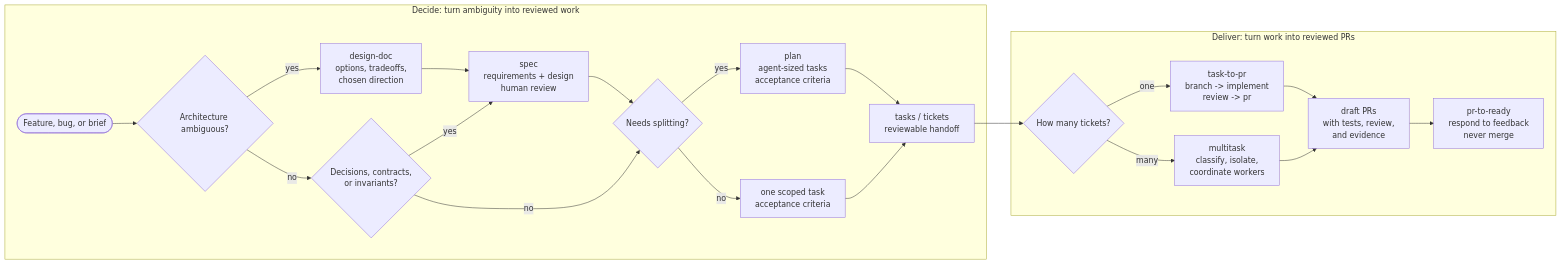
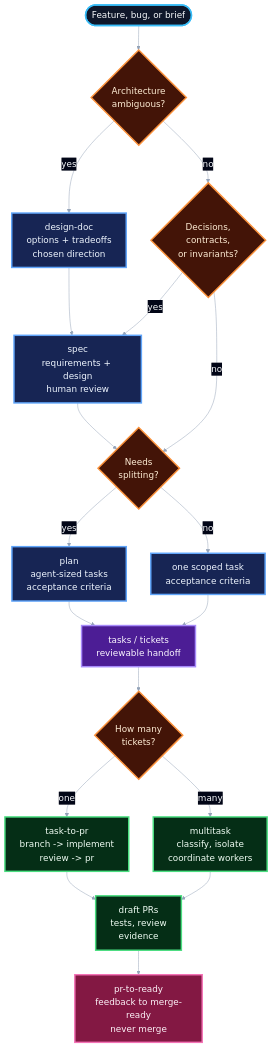
The first of 2 diagrams in README.md (owainlewis/blueprint), drawn with Mermaid before and after one commit. The commit also changed other lines of this file, not shown here.

Commit message:
docs: improve diagram readability

````diff
--- a/README.md
+++ b/README.md
@@ -34,37 +34,47 @@
 ```mermaid
-flowchart LR
-    subgraph Decide["Decide: turn ambiguity into reviewed work"]
-        Request([Feature, bug, or brief])
-        Architecture{Architecture ambiguous?}
-        Design["design-doc<br/>options, tradeoffs,<br/>chosen direction"]
-        SpecGate{Decisions, contracts,<br/>or invariants?}
-        Spec["spec<br/>requirements + design<br/>human review"]
-        PlanGate{Needs splitting?}
-        Plan["plan<br/>agent-sized tasks<br/>acceptance criteria"]
-        Direct["one scoped task<br/>acceptance criteria"]
-        Tickets["tasks / tickets<br/>reviewable handoff"]
+%%{init: {"theme": "base", "themeVariables": {"fontFamily": "Inter, ui-sans-serif, system-ui", "fontSize": "18px", "primaryTextColor": "#f8fafc", "tertiaryTextColor": "#f8fafc", "lineColor": "#94a3b8", "edgeLabelBackground": "#020617"}}}%%
+flowchart TD
+    Request([Feature, bug, or brief])
 
-        Request --> Architecture
-        Architecture -->|yes| Design --> Spec
-        Architecture -->|no| SpecGate
-        SpecGate -->|yes| Spec
-        SpecGate -->|no| PlanGate
-        Spec --> PlanGate
-        PlanGate -->|yes| Plan --> Tickets
-        PlanGate -->|no| Direct --> Tickets
-    end
+    Ambiguous{Architecture<br/>ambiguous?}
+    Design["design-doc<br/>options + tradeoffs<br/>chosen direction"]
+    SpecGate{Decisions,<br/>contracts,<br/>or invariants?}
+    Spec["spec<br/>requirements + design<br/>human review"]
+    Split{Needs<br/>splitting?}
+    Plan["plan<br/>agent-sized tasks<br/>acceptance criteria"]
+    Direct["one scoped task<br/>acceptance criteria"]
+    Handoff["tasks / tickets<br/>reviewable handoff"]
 
-    subgraph Deliver["Deliver: turn work into reviewed PRs"]
-        Count{How many tickets?}
-        One["task-to-pr<br/>branch -> implement<br/>review -> pr"]
-        Many["multitask<br/>classify, isolate,<br/>coordinate workers"]
-        PRs["draft PRs<br/>with tests, review,<br/>and evidence"]
-        Ready["pr-to-ready<br/>respond to feedback<br/>never merge"]
+    Count{How many<br/>tickets?}
+    Single["task-to-pr<br/>branch -> implement<br/>review -> pr"]
+    Multi["multitask<br/>classify, isolate<br/>coordinate workers"]
+    PRs["draft PRs<br/>tests, review<br/>evidence"]
+    Ready["pr-to-ready<br/>feedback to merge-ready<br/>never merge"]
 
-        Count -->|one| One --> PRs
-        Count -->|many| Many --> PRs
-        PRs --> Ready
-    end
+    Request --> Ambiguous
+    Ambiguous -->|yes| Design --> Spec
+    Ambiguous -->|no| SpecGate
+    SpecGate -->|yes| Spec
+    SpecGate -->|no| Split
+    Spec --> Split
+    Split -->|yes| Plan --> Handoff
+    Split -->|no| Direct --> Handoff
+    Handoff --> Count
+    Count -->|one| Single --> PRs
+    Count -->|many| Multi --> PRs
+    PRs --> Ready
 
-    Tickets --> Count
+    classDef start fill:#0f172a,stroke:#38bdf8,stroke-width:3px,color:#f8fafc,font-size:18px;
+    classDef decision fill:#431407,stroke:#fb923c,stroke-width:3px,color:#ffedd5,font-size:18px;
+    classDef decide fill:#172554,stroke:#60a5fa,stroke-width:3px,color:#eff6ff,font-size:18px;
+    classDef handoff fill:#4c1d95,stroke:#a78bfa,stroke-width:3px,color:#faf5ff,font-size:18px;
+    classDef deliver fill:#052e16,stroke:#4ade80,stroke-width:3px,color:#f0fdf4,font-size:18px;
+    classDef feedback fill:#831843,stroke:#f472b6,stroke-width:3px,color:#fdf2f8,font-size:18px;
+
+    class Request start;
+    class Ambiguous,SpecGate,Split,Count decision;
+    class Design,Spec,Plan,Direct decide;
+    class Handoff handoff;
+    class Single,Multi,PRs deliver;
+    class Ready feedback;
 ```
````
